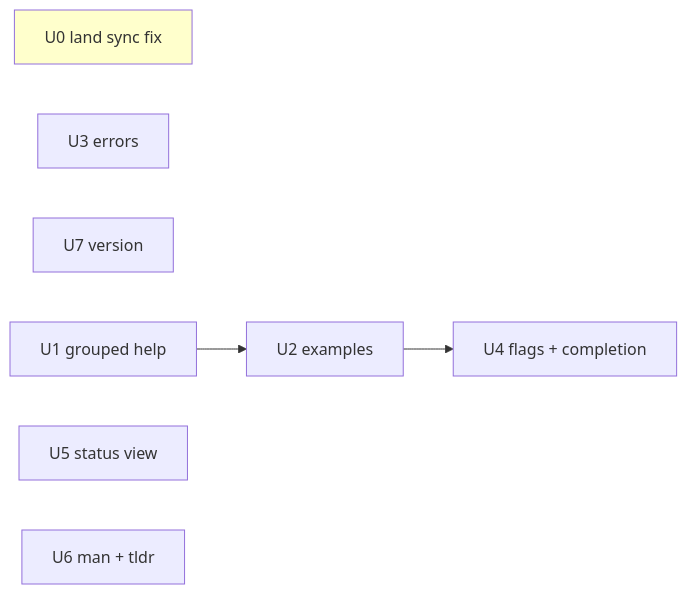
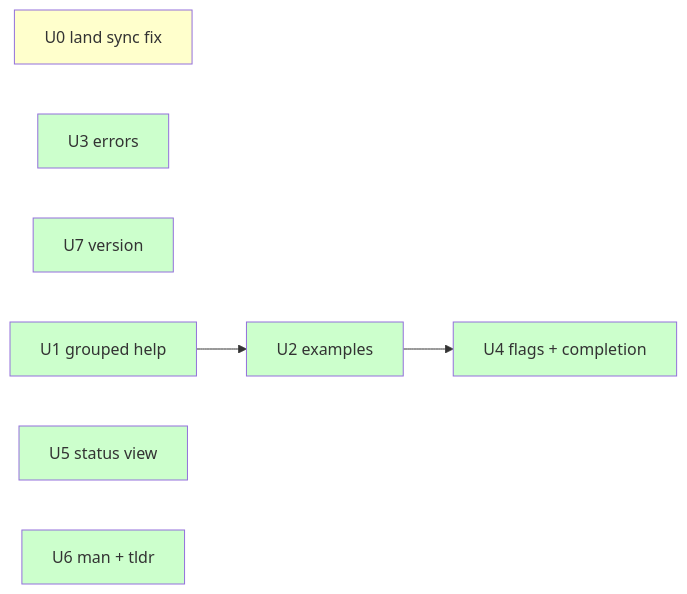
The diagram in docs/plans/2026-11-28-gap-cli-ux-plan.human.md (edheltzel/GAP), drawn with Mermaid before and after one commit. The commit also changed other lines of this file and 2 other files, not shown here.

````diff
--- a/docs/plans/2026-11-28-gap-cli-ux-plan.human.md
+++ b/docs/plans/2026-11-28-gap-cli-ux-plan.human.md
@@ -3,11 +3,13 @@
 ```mermaid
 flowchart LR
   U0[U0 land sync fix]
   U3[U3 errors]
   U7[U7 version]
   U1[U1 grouped help] --> U2[U2 examples] --> U4[U4 flags + completion]
   U5[U5 status view]
   U6[U6 man + tldr]
+  classDef done fill:#cfc
   classDef next fill:#ffc
+  class U1,U2,U3,U4,U5,U6,U7 done
   class U0 next
 ```
````
